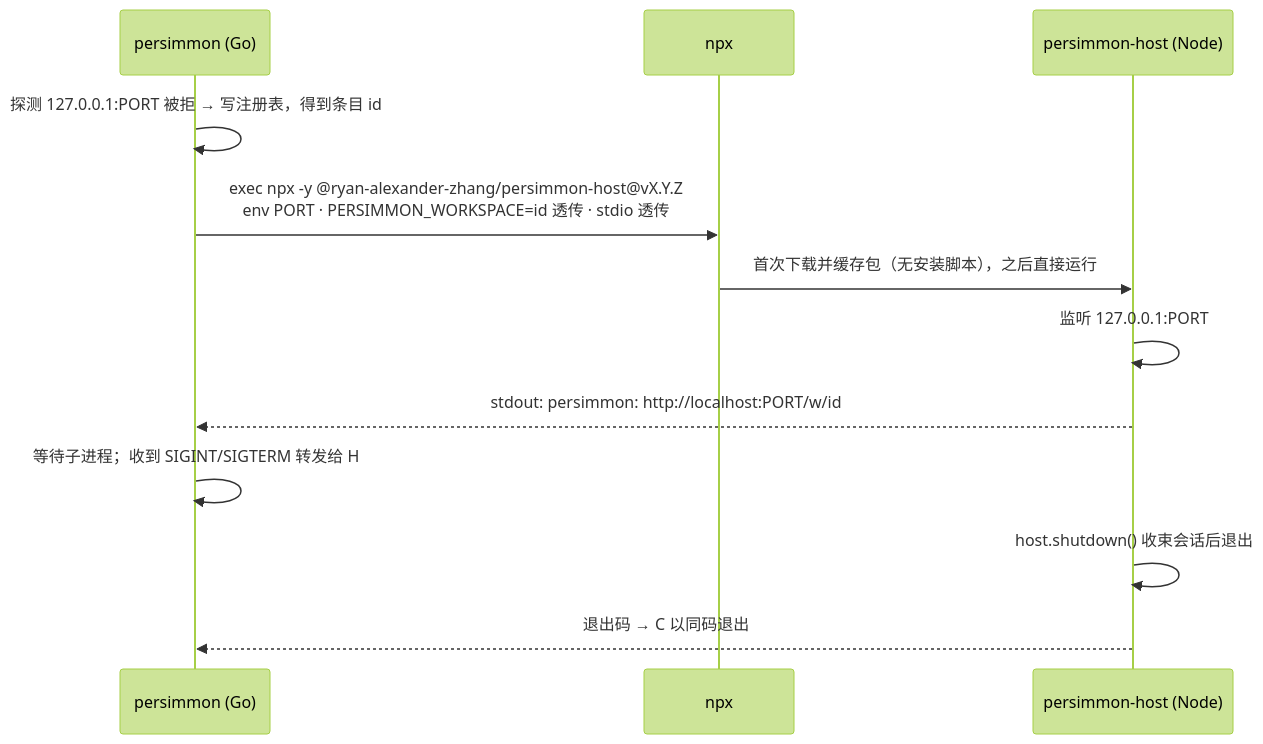
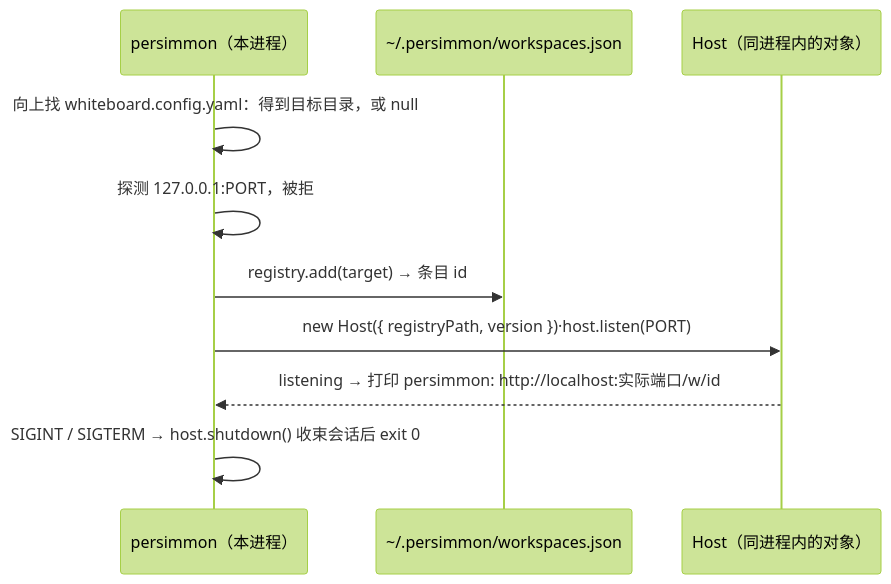
Before and after one commit to ryan-alexander-zhang/persimmon: the second of 3 diagrams in docs/design/design-00004-persimmon-cli.md, drawn with Mermaid (forest theme). The commit also changed other lines of this file and 16 other files, not shown here.

````diff
--- a/docs/design/design-00004-persimmon-cli.md
+++ b/docs/design/design-00004-persimmon-cli.md
@@ -54,14 +89,12 @@
 ```mermaid
 sequenceDiagram
-  participant C as persimmon (Go)
-  participant N as npx
-  participant H as persimmon-host (Node)
-  C->>C: 探测 127.0.0.1:PORT 被拒 → 写注册表，得到条目 id
-  C->>N: exec npx -y @ryan-alexander-zhang/persimmon-host@vX.Y.Z<br/>env PORT · PERSIMMON_WORKSPACE=id 透传 · stdio 透传
-  N->>H: 首次下载并缓存包（无安装脚本），之后直接运行
-  H->>H: 监听 127.0.0.1:PORT
-  H-->>C: stdout: persimmon: http://localhost:PORT/w/id
-  C->>C: 等待子进程；收到 SIGINT/SIGTERM 转发给 H
-  H->>H: host.shutdown() 收束会话后退出
-  H-->>C: 退出码 → C 以同码退出
+  participant C as persimmon（本进程）
+  participant R as ~/.persimmon/workspaces.json
+  participant H as Host（同进程内的对象）
+  C->>C: 向上找 whiteboard.config.yaml：得到目标目录，或 null
+  C->>C: 探测 127.0.0.1:PORT，被拒
+  C->>R: registry.add(target) → 条目 id
+  C->>H: new Host({ registryPath, version })·host.listen(PORT)
+  H-->>C: listening → 打印 persimmon: http://localhost:实际端口/w/id
+  C->>C: SIGINT / SIGTERM → host.shutdown() 收束会话后 exit 0
 ```
````
